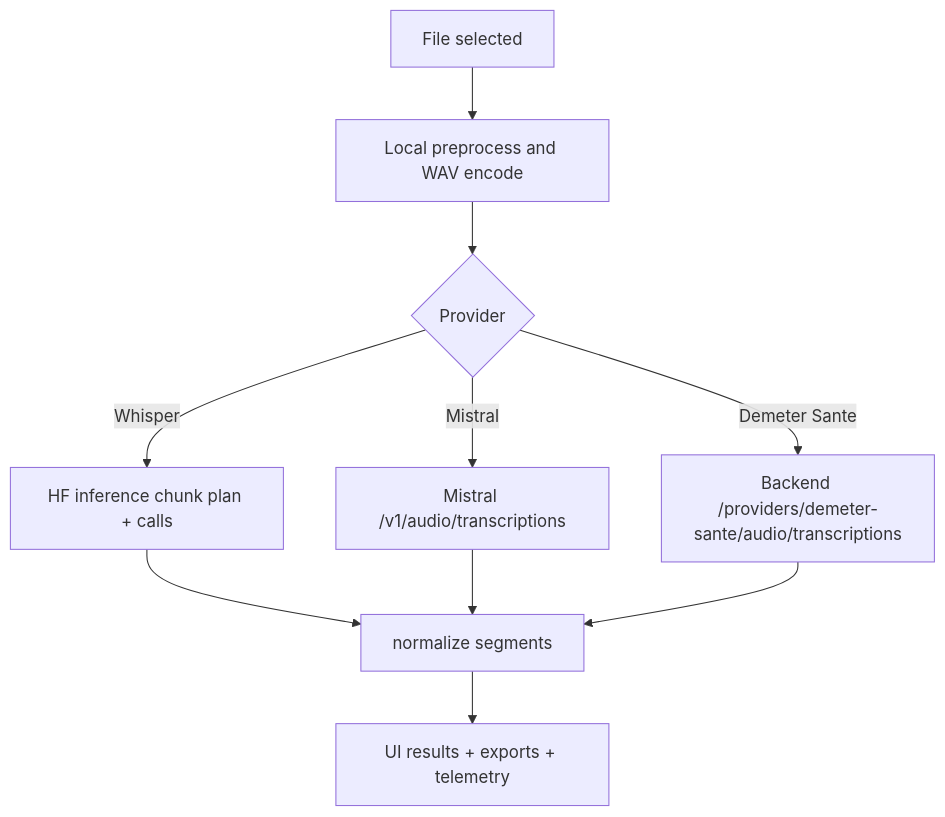
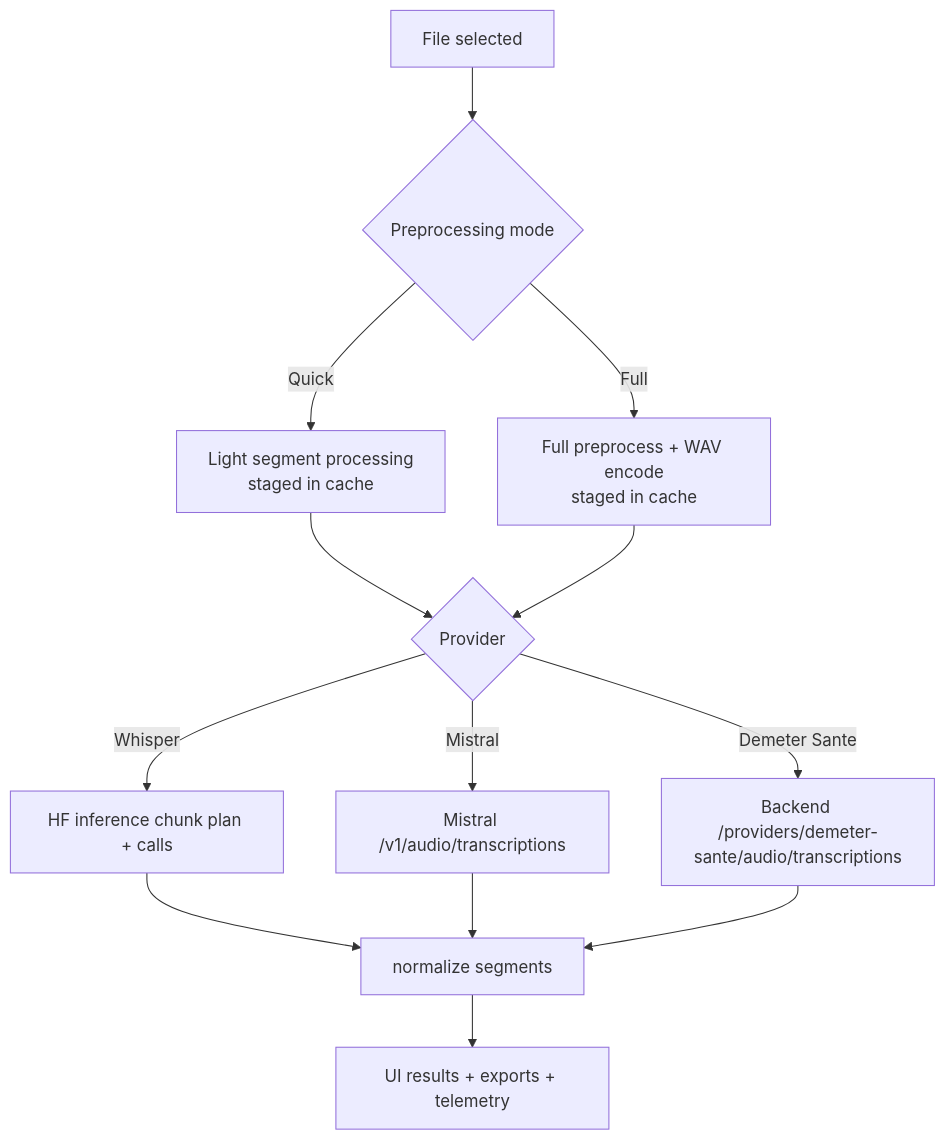
Before and after one commit to imperialsun/Demeter_CR: the diagram in docs/en/cloud-transcription.md, drawn with Mermaid. The commit also changed other lines of this file and 27 other files, not shown here.

````diff
--- a/docs/en/cloud-transcription.md
+++ b/docs/en/cloud-transcription.md
@@ -27,12 +28,15 @@
 ```mermaid
 flowchart TD
-    A[File selected] --> B[Local preprocess and WAV encode]
-    B --> C{Provider}
-    C -->|Whisper| D[HF inference chunk plan + calls]
-    C -->|Mistral| E[Mistral /v1/audio/transcriptions]
-    C -->|Demeter Sante| F[Backend /providers/demeter-sante/audio/transcriptions]
-    D --> G[normalize segments]
-    E --> G
-    F --> G
-    G --> H[UI results + exports + telemetry]
+    A[File selected] --> B{Preprocessing mode}
+    B -->|Quick| C[Light segment processing<br/>staged in cache]
+    B -->|Full| D[Full preprocess + WAV encode<br/>staged in cache]
+    C --> E{Provider}
+    D --> E
+    E -->|Whisper| F[HF inference chunk plan + calls]
+    E -->|Mistral| G[Mistral /v1/audio/transcriptions]
+    E -->|Demeter Sante| H[Backend /providers/demeter-sante/audio/transcriptions]
+    F --> I[normalize segments]
+    G --> I
+    H --> I
+    I --> J[UI results + exports + telemetry]
 ```
````
